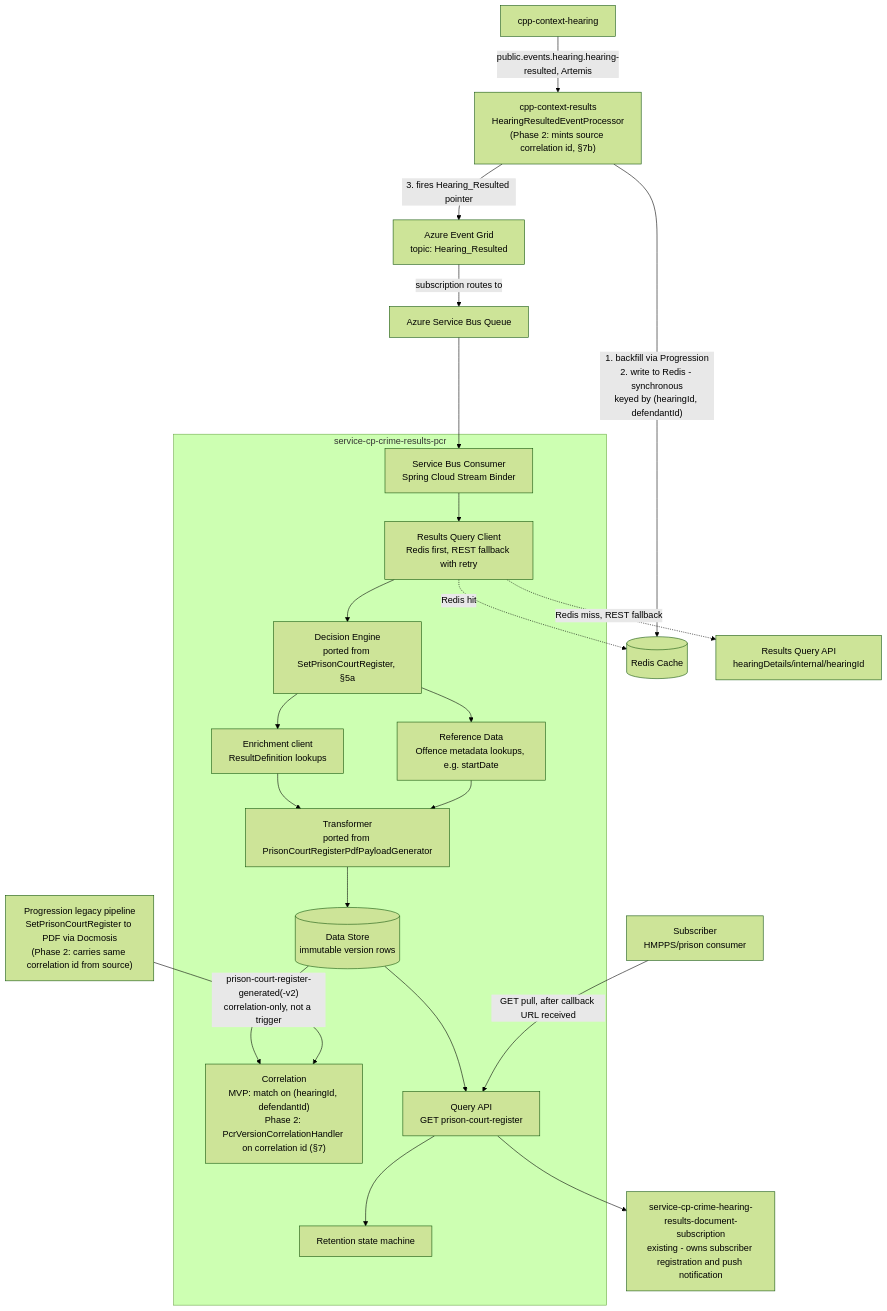
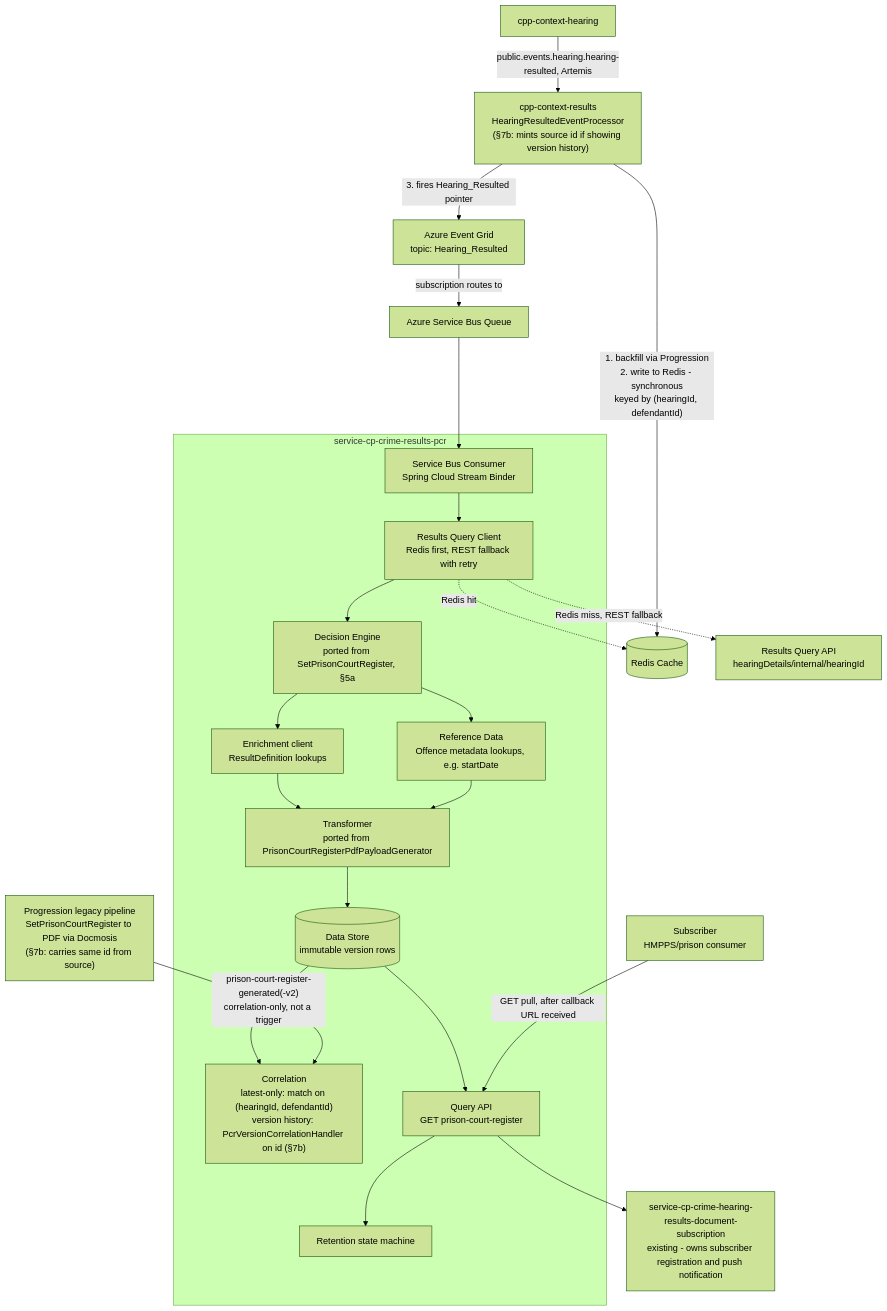
One commit to hmcts/service-cp-crime-results-pcr changed the first of 2 diagrams in docs/2026-07-16-pcr-api-marketplace-design-v2.md. Above: the diagram before and after it, drawn with Mermaid (forest theme). The commit also changed other lines of this file, not shown here.

First line of the commit message:
docs: simplify §7 — latest-only (§7a) vs version history (§7b), options under 7b

````diff
--- a/docs/2026-07-16-pcr-api-marketplace-design-v2.md
+++ b/docs/2026-07-16-pcr-api-marketplace-design-v2.md
@@ -31,30 +31,30 @@
 ```mermaid
 flowchart TB
-    Hearing["cpp-context-hearing"] -->|"public.events.hearing.hearing-resulted, Artemis"| Results["cpp-context-results<br/>HearingResultedEventProcessor<br/>(Phase 2: mints source correlation id, §7b)"]
+    Hearing["cpp-context-hearing"] -->|"public.events.hearing.hearing-resulted, Artemis"| Results["cpp-context-results<br/>HearingResultedEventProcessor<br/>(§7b: mints source id if showing version history)"]
     Results -->|"1. backfill via Progression<br/>2. write to Redis - synchronous<br/>keyed by (hearingId, defendantId)"| Redis[("Redis Cache")]
     Results -->|"3. fires Hearing_Resulted pointer"| Grid["Azure Event Grid<br/>topic: Hearing_Resulted"]
     Grid -->|"subscription routes to"| Bus["Azure Service Bus Queue"]
     Bus --> Consumer
 
     subgraph PCR["service-cp-crime-results-pcr"]
         Consumer["Service Bus Consumer<br/>Spring Cloud Stream Binder"] --> Query["Results Query Client<br/>Redis first, REST fallback with retry"]
         Query --> Decision["Decision Engine<br/>ported from SetPrisonCourtRegister, §5a"]
         Decision --> Enrich["Enrichment client<br/>ResultDefinition lookups"]
         Decision --> OffenceMeta["Reference Data<br/>Offence metadata lookups, e.g. startDate"]
         Enrich --> Transform["Transformer<br/>ported from PrisonCourtRegisterPdfPayloadGenerator"]
         OffenceMeta --> Transform
         Transform --> Store[("Data Store<br/>immutable version rows")]
-        Store --> Correlator["Correlation<br/>MVP: match on (hearingId, defendantId)<br/>Phase 2: PcrVersionCorrelationHandler on correlation id (§7)"]
+        Store --> Correlator["Correlation<br/>latest-only: match on (hearingId, defendantId)<br/>version history: PcrVersionCorrelationHandler on id (§7b)"]
         Store --> API["Query API<br/>GET prison-court-register"]
         API --> Retention["Retention state machine"]
     end
 
     Query -.->|"Redis hit"| Redis
     Query -.->|"Redis miss, REST fallback"| ResultsAPI["Results Query API<br/>hearingDetails/internal/hearingId"]
 
-    Progression["Progression legacy pipeline<br/>SetPrisonCourtRegister to PDF via Docmosis<br/>(Phase 2: carries same correlation id from source)"] -->|"prison-court-register-generated(-v2)<br/>correlation-only, not a trigger"| Correlator
+    Progression["Progression legacy pipeline<br/>SetPrisonCourtRegister to PDF via Docmosis<br/>(§7b: carries same id from source)"] -->|"prison-court-register-generated(-v2)<br/>correlation-only, not a trigger"| Correlator
 
     API --> Subscription["service-cp-crime-hearing-results-document-subscription<br/>existing - owns subscriber registration and push notification"]
 
     Subscriber["Subscriber<br/>HMPPS/prison consumer"] -->|"GET pull, after callback URL received"| API
 ```
````
